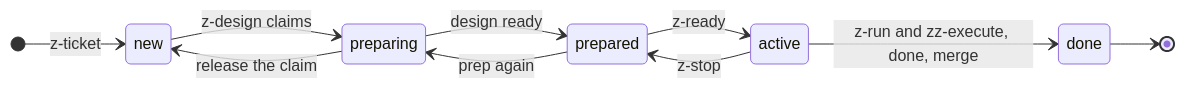
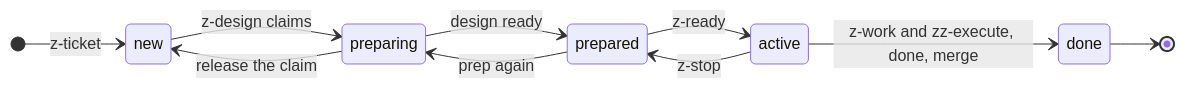
One commit to philipbergen/z-nile changed the third of 3 diagrams in z-nile/README.md. Above: the diagram before and after it, drawn with Mermaid. The commit also changed other lines of this file and 18 other files, not shown here.

First line of the commit message:
Let a person run z-work in the CLI they opened.

````diff
--- a/z-nile/README.md
+++ b/z-nile/README.md
@@ -166,13 +167,13 @@
 ```mermaid
 stateDiagram-v2
   direction LR
   [*] --> new: z-ticket
   new --> preparing: z-design claims
   preparing --> new: release the claim
   preparing --> prepared: design ready
   prepared --> preparing: prep again
   prepared --> active: z-ready
   active --> prepared: z-stop
-  active --> done: z-run and zz-execute, done, merge
+  active --> done: z-work and zz-execute, done, merge
   done --> [*]
 ```
````
